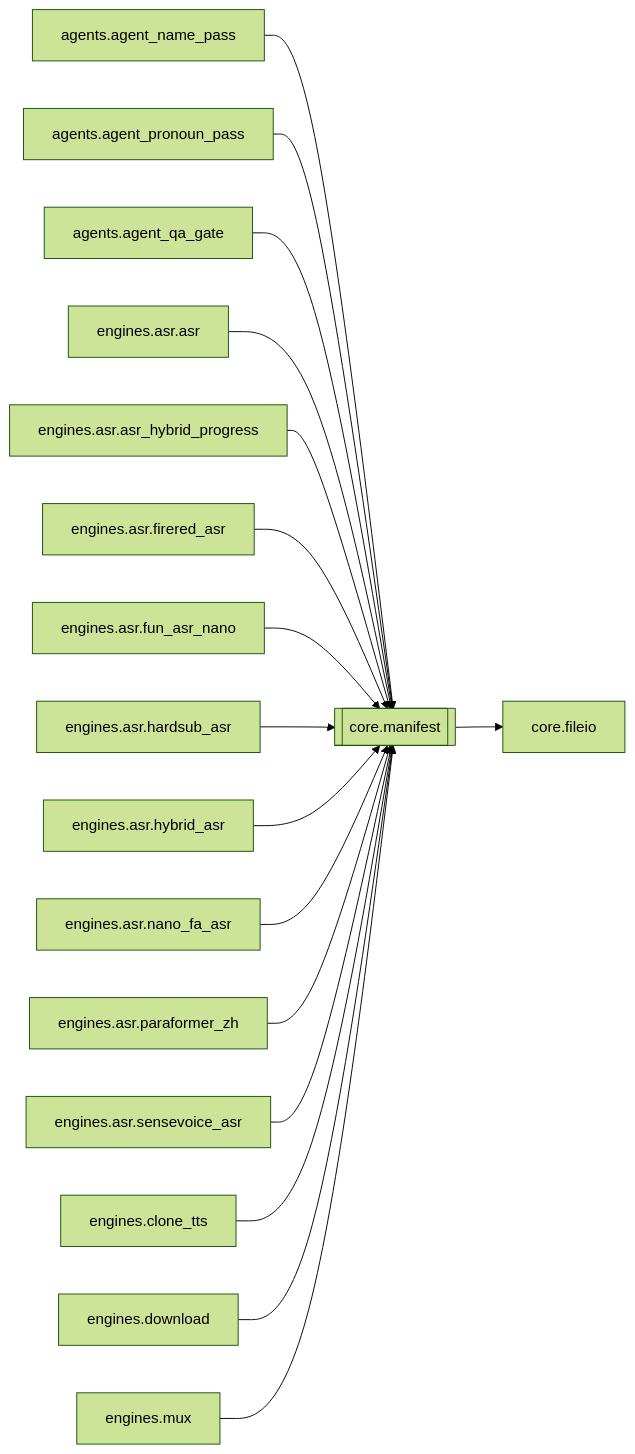
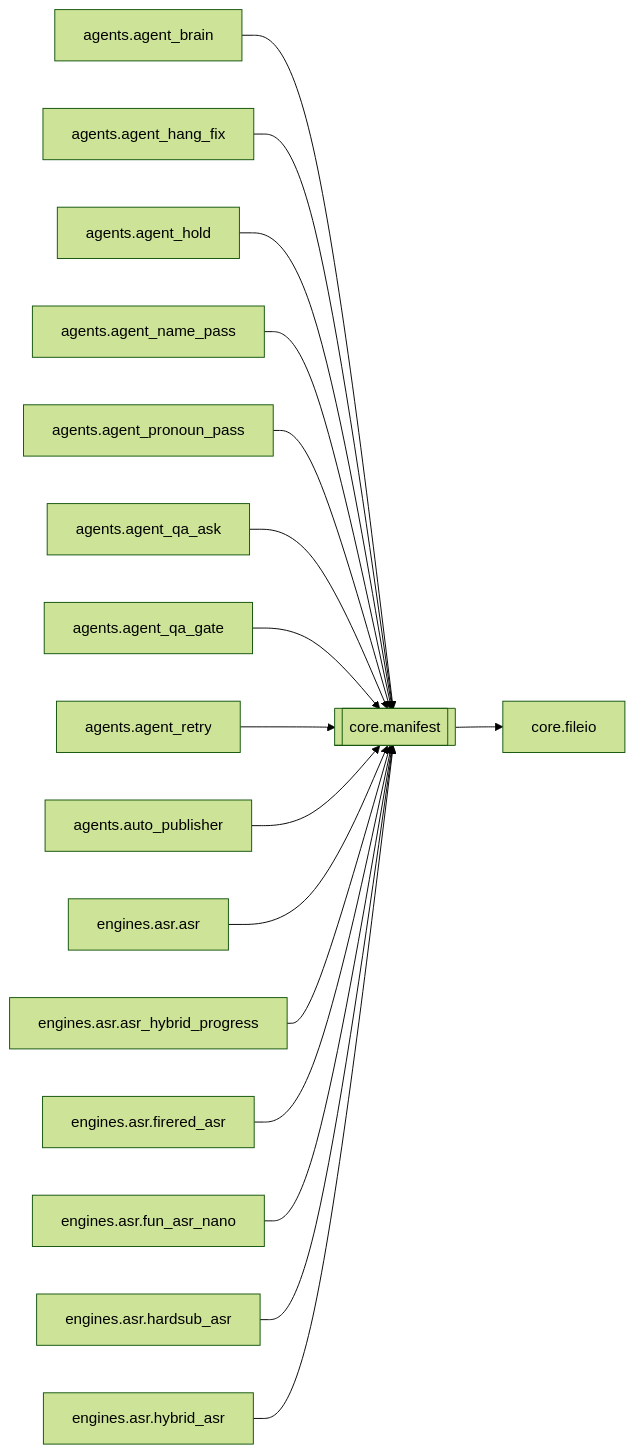
The diagram in docs/brain/modules/core.manifest.md (kjza178/PinelineV5), drawn with Mermaid (forest theme) before and after one commit. The commit also changed other lines of this file and 227 other files, not shown here.

````diff
--- a/docs/brain/modules/core.manifest.md
+++ b/docs/brain/modules/core.manifest.md
@@ -17,20 +17,20 @@
 ```mermaid
 flowchart LR
   core_manifest[[core.manifest]]
+  agents_agent_brain[agents.agent_brain] --> core_manifest
+  agents_agent_hang_fix[agents.agent_hang_fix] --> core_manifest
+  agents_agent_hold[agents.agent_hold] --> core_manifest
   agents_agent_name_pass[agents.agent_name_pass] --> core_manifest
   agents_agent_pronoun_pass[agents.agent_pronoun_pass] --> core_manifest
+  agents_agent_qa_ask[agents.agent_qa_ask] --> core_manifest
   agents_agent_qa_gate[agents.agent_qa_gate] --> core_manifest
+  agents_agent_retry[agents.agent_retry] --> core_manifest
+  agents_auto_publisher[agents.auto_publisher] --> core_manifest
   engines_asr_asr[engines.asr.asr] --> core_manifest
   engines_asr_asr_hybrid_progress[engines.asr.asr_hybrid_progress] --> core_manifest
   engines_asr_firered_asr[engines.asr.firered_asr] --> core_manifest
   engines_asr_fun_asr_nano[engines.asr.fun_asr_nano] --> core_manifest
   engines_asr_hardsub_asr[engines.asr.hardsub_asr] --> core_manifest
   engines_asr_hybrid_asr[engines.asr.hybrid_asr] --> core_manifest
-  engines_asr_nano_fa_asr[engines.asr.nano_fa_asr] --> core_manifest
-  engines_asr_paraformer_zh[engines.asr.paraformer_zh] --> core_manifest
-  engines_asr_sensevoice_asr[engines.asr.sensevoice_asr] --> core_manifest
-  engines_clone_tts[engines.clone_tts] --> core_manifest
-  engines_download[engines.download] --> core_manifest
-  engines_mux[engines.mux] --> core_manifest
   core_manifest --> core_fileio[core.fileio]
 ```
````
